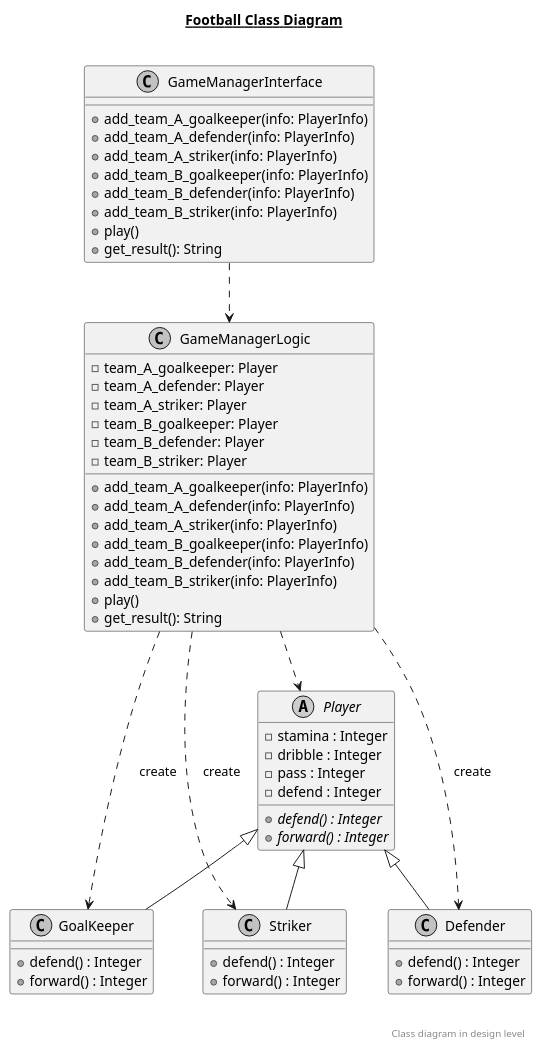
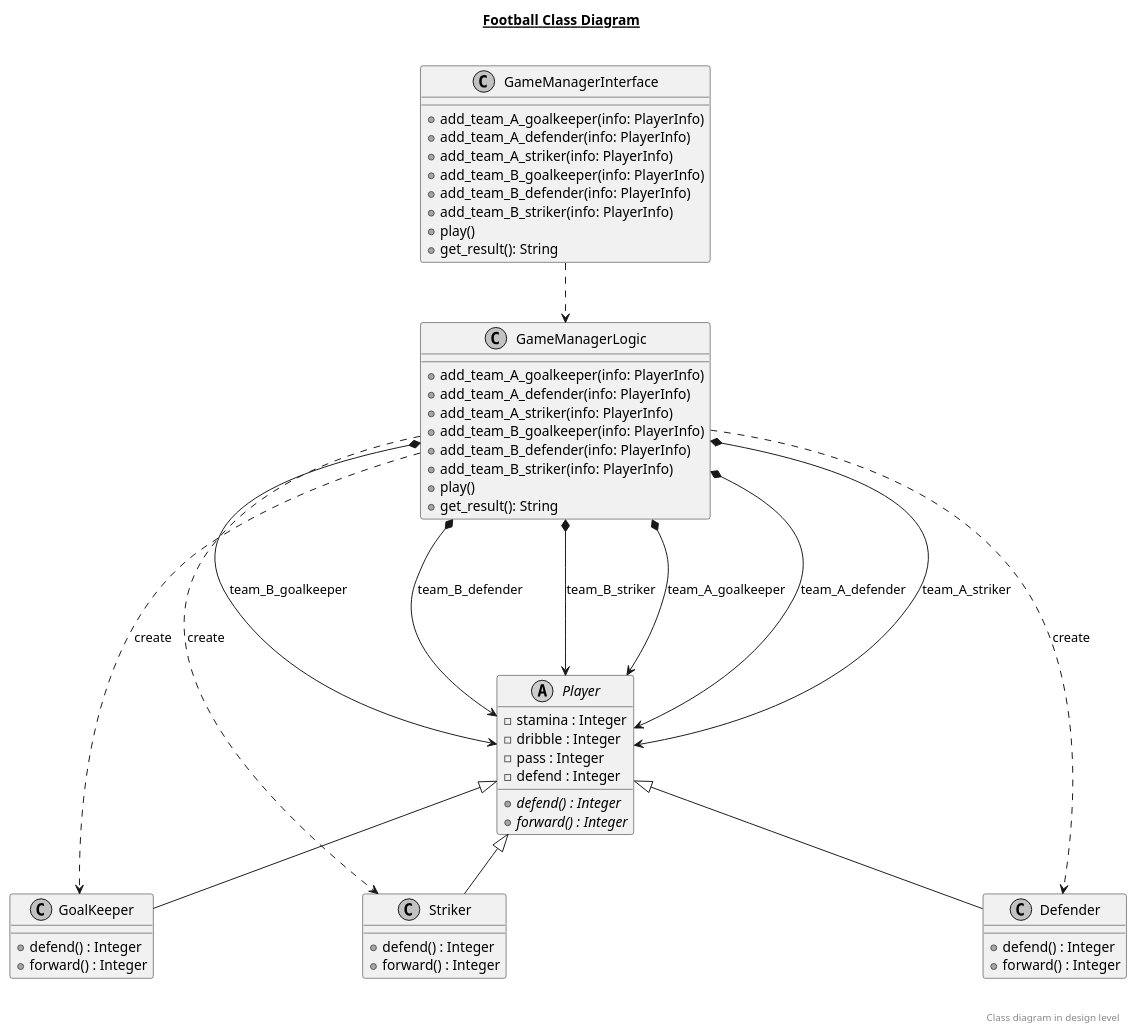
Before and after one commit to Moridi/AP-Spring-98-CA-6-Inheritance: the diagram in Part-3/diagram.puml, drawn with PlantUML. The commit also changed 3 other files, not shown here.

Commit message:
Edit diagrams part 2, 3

```diff
--- a/Part-3/diagram.puml
+++ b/Part-3/diagram.puml
@@ -1,76 +1,75 @@
 @startuml
 
 skinparam Monochrome true
 
 title __Football Class Diagram__\n
 
 class GameManagerInterface {
     + add_team_A_goalkeeper(info: PlayerInfo)
 	+ add_team_A_defender(info: PlayerInfo)
 	+ add_team_A_striker(info: PlayerInfo)
 	+ add_team_B_goalkeeper(info: PlayerInfo)
 	+ add_team_B_defender(info: PlayerInfo)
 	+ add_team_B_striker(info: PlayerInfo)
 	+ play()
 	+ get_result(): String
 }
 
 class GameManagerLogic {
-    - team_A_goalkeeper: Player
-    - team_A_defender: Player
-    - team_A_striker: Player
-    - team_B_goalkeeper: Player
-    - team_B_defender: Player
-    - team_B_striker: Player
     + add_team_A_goalkeeper(info: PlayerInfo)
 	+ add_team_A_defender(info: PlayerInfo)
 	+ add_team_A_striker(info: PlayerInfo)
 	+ add_team_B_goalkeeper(info: PlayerInfo)
 	+ add_team_B_defender(info: PlayerInfo)
 	+ add_team_B_striker(info: PlayerInfo)
 	+ play()
 	+ get_result(): String
 }
 
 abstract class Player {
     - stamina : Integer
     - dribble : Integer
     - pass : Integer
     - defend : Integer
     {abstract} + defend() : Integer
     {abstract} + forward() : Integer
 }
 
 class GoalKeeper {
     + defend() : Integer
     + forward() : Integer
 }
 
 class Defender {
     + defend() : Integer
     + forward() : Integer
 }
 
 class Striker {
     + defend() : Integer
     + forward() : Integer
 }
 
 GameManagerInterface ..> GameManagerLogic
-GameManagerLogic ..> Player
+GameManagerLogic *---> Player: team_A_goalkeeper
+GameManagerLogic *---> Player: team_A_defender
+GameManagerLogic *---> Player: team_A_striker
+GameManagerLogic *---> Player: team_B_goalkeeper
+GameManagerLogic *---> Player: team_B_defender
+GameManagerLogic *---> Player: team_B_striker
 GameManagerLogic ..> GoalKeeper: create
 GameManagerLogic ..> Defender: create
 GameManagerLogic ..> Striker: create
 
 GoalKeeper -up-|> Player
 Defender -up-|> Player
 Striker -up-|> Player
 
 
 right footer
 
 
     Class diagram in design level
 endfooter
 
 @enduml
```
